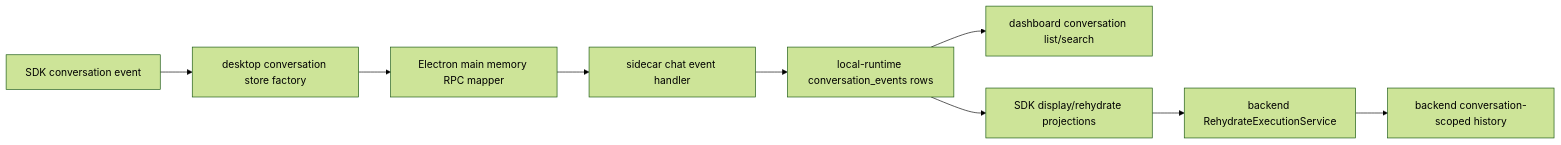
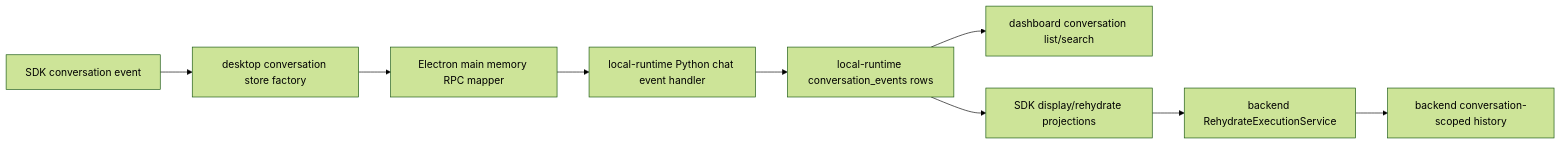
The diagram in docs/memory/transcript_replay_change_workflow.md (buiilding/My_Own_OpenClaw), drawn with Mermaid (forest theme) before and after one commit. The commit also changed other lines of this file and 7 other files, not shown here.

````diff
--- a/docs/memory/transcript_replay_change_workflow.md
+++ b/docs/memory/transcript_replay_change_workflow.md
@@ -18,11 +18,11 @@
 ```mermaid
 flowchart LR
     A["SDK conversation event"] --> B["desktop conversation store factory"]
     B --> C["Electron main memory RPC mapper"]
-    C --> D["sidecar chat event handler"]
+    C --> D["local-runtime Python chat event handler"]
     D --> E["local-runtime conversation_events rows"]
     E --> F["dashboard conversation list/search"]
     E --> G["SDK display/rehydrate projections"]
     G --> I["backend RehydrateExecutionService"]
     I --> J["backend conversation-scoped history"]
 ```
````
